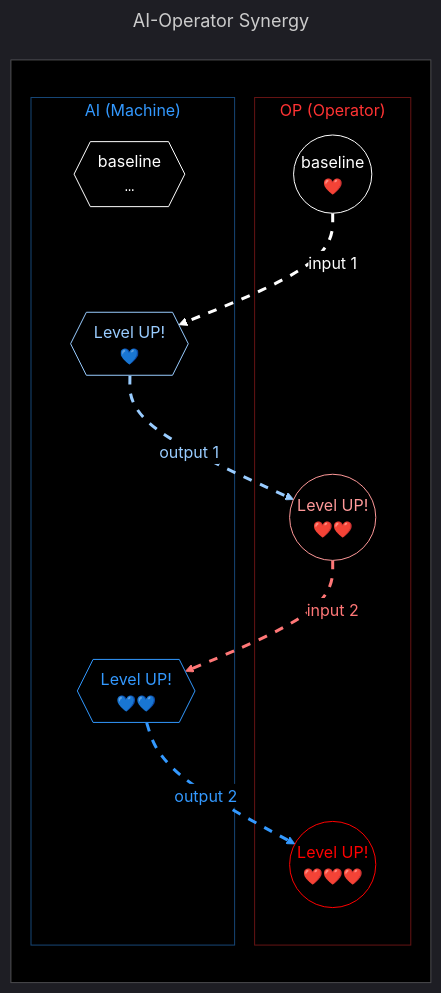
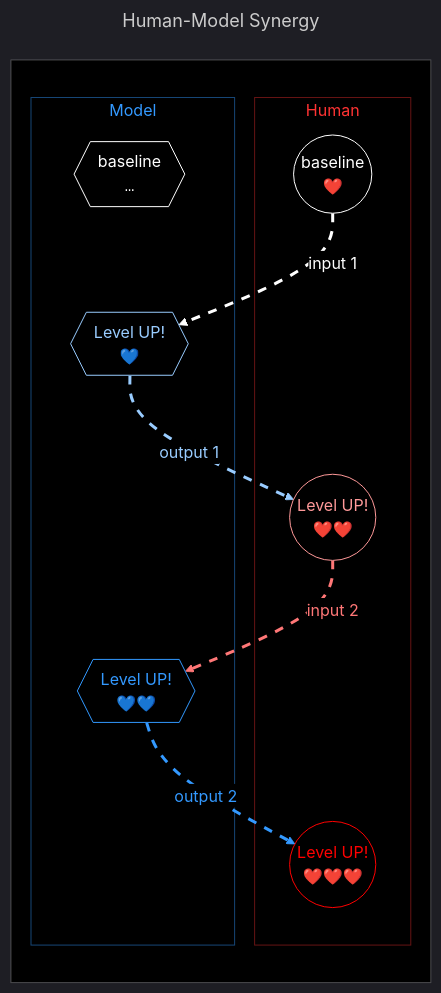
One commit to 1iis/principles changed the diagram in praxis/dual-user.md. Above: the diagram before and after it, drawn with Mermaid. The commit also changed other lines of this file and 1 other file, not shown here.

````diff
--- a/praxis/dual-user.md
+++ b/praxis/dual-user.md
@@ -16,66 +14,66 @@
 ```mermaid
 ---
-title: AI-Operator Synergy
+title: Human-Model Synergy
 ---
 %%{init: {
   "theme": "dark",
   "themeVariables": {
     "edgeLabelBackground': '#000",
     "lineColor": "#000"
   }
 }}%%
 graph
 subgraph bg[" "]
   direction TB
-    subgraph OP["OP (Operator)"]
+    subgraph OP["Human"]
     o1(("baseline<br>❤️"))
     o2(("Level UP!<br>❤️❤️"))
     o3(("Level UP!<br>❤️❤️❤️"))
     end
 
-    subgraph AI["AI (Machine)"]
+    subgraph model["Model"]
     m0{{"baseline<br><code>…"}}
     m1{{"Level UP!<br>💙"}}
     m2{{"Level UP!<br>💙💙"}}
     m3[" "]
     end
 
     o1 om1@--> |"input 1"| m1
     o2 om2@--> |input 2| m2
     m1 mo1@-->|"output 1"| o2
     m2 mo2@-->|output 2| o3
     
     m0 --- m1
     m2 --- m3
 
 end
     style OP fill:#000,stroke:#f336,stroke-width:1px,color:#f33;
-    style AI fill:#000,stroke:#39f7,stroke-width:1px,color:#39f;
+    style model fill:#000,stroke:#39f7,stroke-width:1px,color:#39f;
     style bg fill:#000
 
     style o1 fill:#000,stroke:#fff,color:#fff;
     style o2 fill:#000,stroke:#f99,color:#f99;
     style o3 fill:#000,stroke:#f00,color:#f00;
 
     style m0 fill:#000,stroke:#000,color:#fff;
     style m0 fill:#000,stroke:#fff,color:#fff;
     style m1 fill:#000,stroke:#9cf,color:#9cf;
     style m2 fill:#000,stroke:#39f,color:#39f;
     style m3 fill:#000,stroke:#000,color:#fff;
 
     linkStyle 0 color:#fff,stroke:#fff,stroke-width:3px;
     
     linkStyle 1 color:#f77,stroke:#f77,stroke-width:3px;
 
     linkStyle 2 color:#9cf,stroke:#9cf,stroke-width:3px;
     linkStyle 3 color:#39f,stroke:#39f,stroke-width:3px;
     
     linkStyle 4 stroke-width:0px;
     linkStyle 5 stroke-width:0px;
 
 
   classDef animate stroke-dasharray: 9,5,stroke-dashoffset: 900,animation: dash 25s linear infinite;
   
   class om1,mo1,om2,mo2 animate
   
 ```
````
